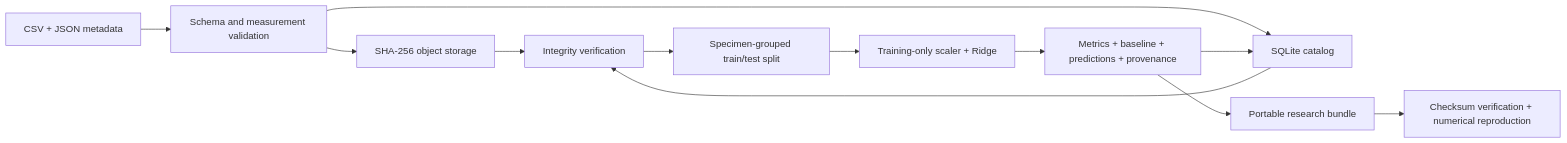
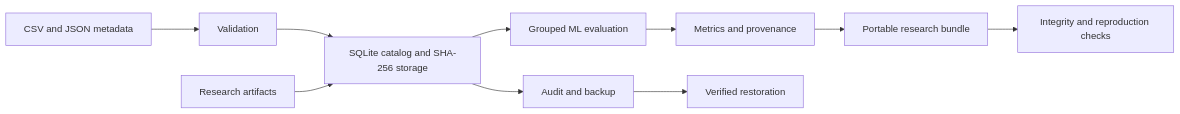
Before and after one commit to Ghanshyambabariya/materials-ml-research-projects: the diagram in projects/fair-materials-reproducibility/README.md, drawn with Mermaid. The commit also changed other lines of this file and 5 other files, not shown here.

````diff
--- a/projects/fair-materials-reproducibility/README.md
+++ b/projects/fair-materials-reproducibility/README.md
@@ -71,14 +27,12 @@
 ```mermaid
 flowchart LR
-  A[CSV + JSON metadata] --> B[Schema and measurement validation]
-  B --> C[SHA-256 object storage]
-  B --> D[SQLite catalog]
-  C --> E[Integrity verification]
-  D --> E
-  E --> F[Specimen-grouped train/test split]
-  F --> G[Training-only scaler + Ridge]
-  G --> H[Metrics + baseline + predictions + provenance]
-  H --> D
-  H --> I[Portable research bundle]
-  I --> J[Checksum verification + numerical reproduction]
+  A[CSV and JSON metadata] --> B[Validation]
+  B --> C[SQLite catalog and SHA-256 storage]
+  D[Research artifacts] --> C
+  C --> E[Grouped ML evaluation]
+  E --> F[Metrics and provenance]
+  F --> G[Portable research bundle]
+  C --> H[Audit and backup]
+  G --> I[Integrity and reproduction checks]
+  H --> J[Verified restoration]
 ```
````
